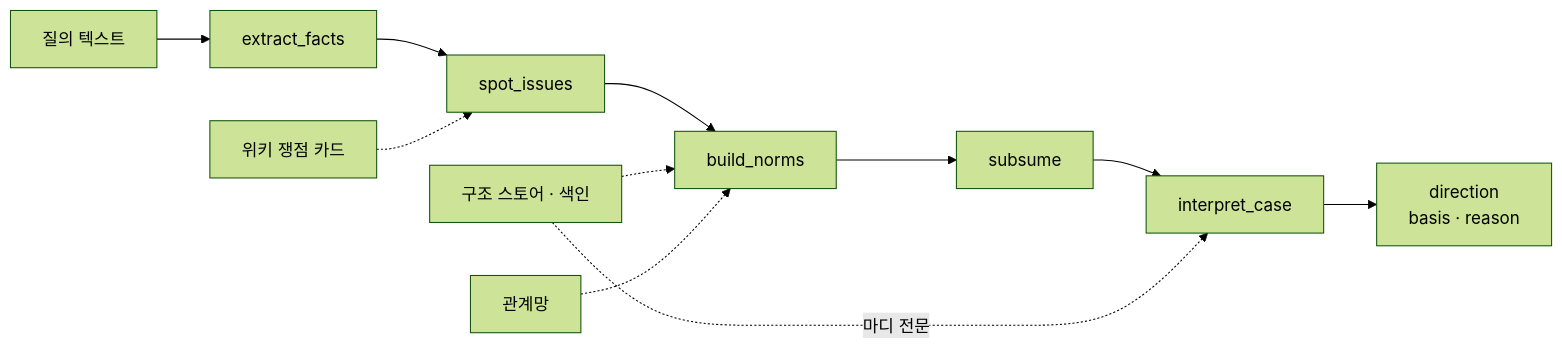
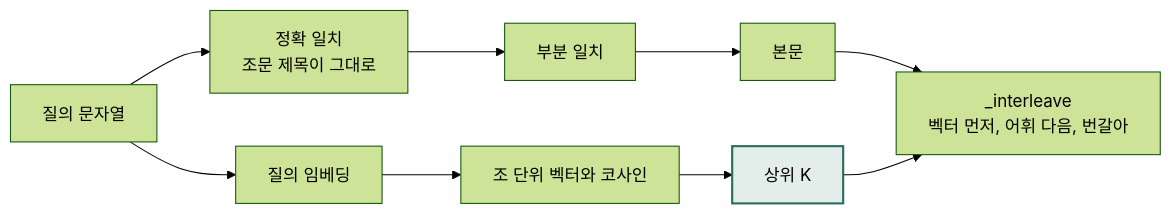
The eighth of 9 diagrams in docs/ARCH_SYSTEM.md (Fromson99/8agent), drawn with Mermaid (forest theme) before and after one commit. The commit also changed other lines of this file and 2 other files, not shown here.

````diff
--- a/docs/ARCH_SYSTEM.md
+++ b/docs/ARCH_SYSTEM.md
@@ -214,13 +396,12 @@
 ```mermaid
 flowchart LR
-  IN["질의 텍스트"] --> S1
-  S1["extract_facts"] --> S2["spot_issues"]
-  S2 --> S3["build_norms"]
-  S3 --> S4["subsume"]
-  S4 --> S5["interpret_case"]
-  S5 --> OUT["direction<br/>basis · reason"]
-  W["위키 쟁점 카드"] -.-> S2
-  IDX["구조 스토어 · 색인"] -.-> S3
-  NET["관계망"] -.-> S3
-  IDX -.->|"마디 전문"| S5
+  QX["질의 문자열"] --> L1["정확 일치<br/>조문 제목이 그대로"]
+  L1 --> L2["부분 일치"]
+  L2 --> L3["본문"]
+  QX --> V1["질의 임베딩"]
+  V1 --> V2["조 단위 벡터와 코사인"]
+  V2 --> V3["상위 K"]
+  L3 --> Z["_interleave<br/>벡터 먼저, 어휘 다음, 번갈아"]
+  V3 --> Z
+  style V3 fill:#E3EDEA,stroke:#2C6B60,stroke-width:2px
 ```
````
